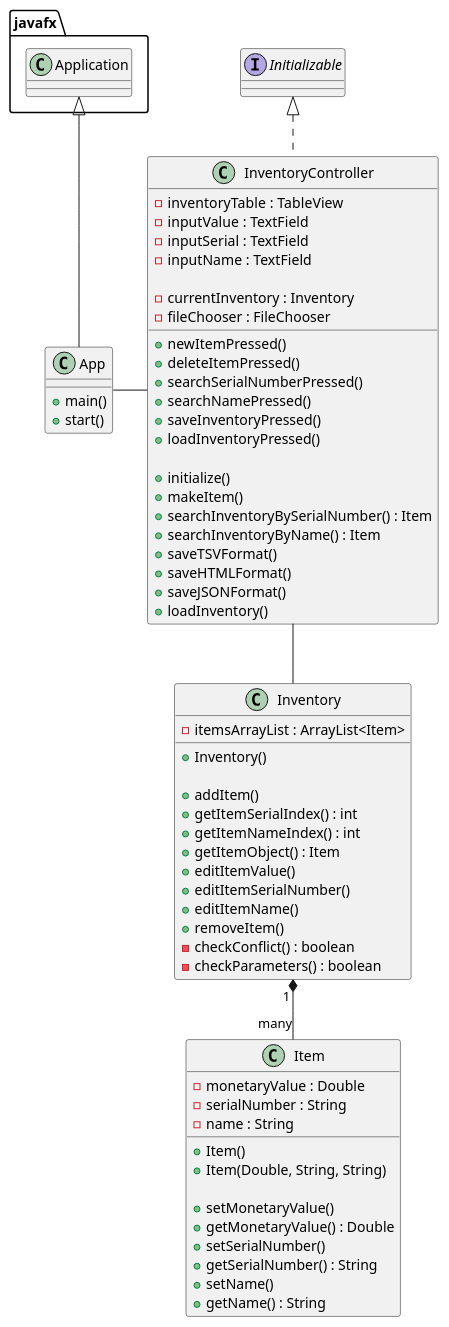
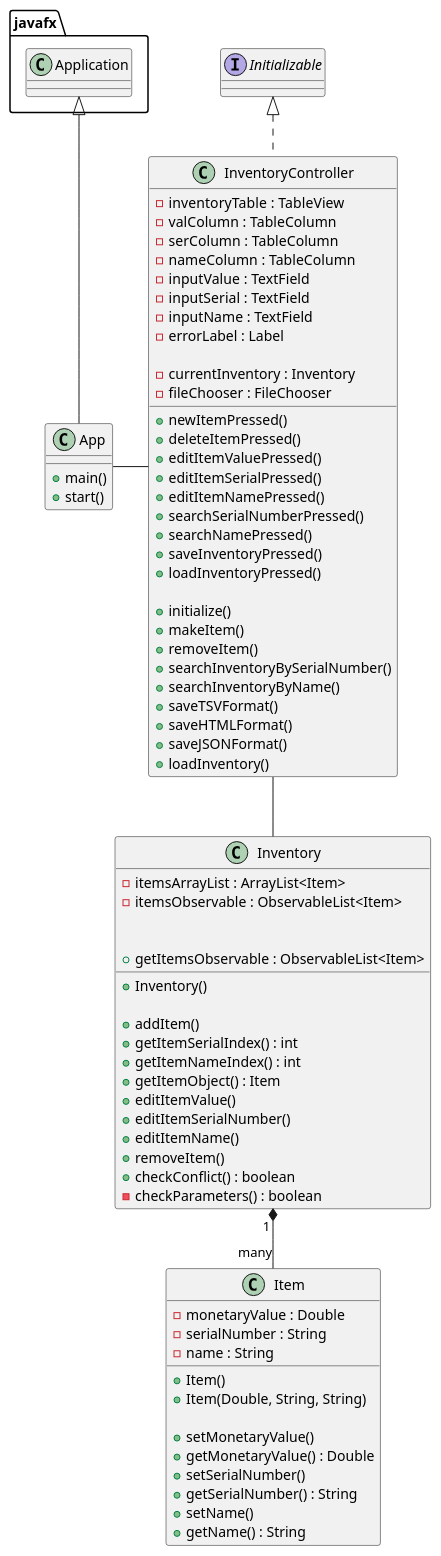
Before and after one commit to kieran-l-jimenez/jimenez-2990-a5: the diagram in uml/InventoryDiagram.puml, drawn with PlantUML. The commit also changed 18 other files, not shown here.

```diff
--- a/uml/InventoryDiagram.puml
+++ b/uml/InventoryDiagram.puml
@@ -1,100 +1,112 @@
 @startuml
 'https://plantuml.com/class-diagram
 
 interface Initializable{}
 
 class App {
     + main()
     + start()
 }
 
 class InventoryController {
 - inventoryTable : TableView
+- valColumn : TableColumn
+- serColumn : TableColumn
+- nameColumn : TableColumn
 - inputValue : TextField
 - inputSerial : TextField
 - inputName : TextField
+- errorLabel : Label
 
 - currentInventory : Inventory
 '13.2, 14.1
 - fileChooser : FileChooser
 
 '1
 '8-10 handled in TableView
 '3
 + newItemPressed()
 '4
 + deleteItemPressed()
+'5
++ editItemValuePressed()
+'6
++ editItemSerialPressed()
+'7
++ editItemNamePressed()
 '11
 + searchSerialNumberPressed()
 '12
 + searchNamePressed()
 '13.0
 + saveInventoryPressed()
 '14.0
 + loadInventoryPressed()
 
 + initialize()
 + makeItem()
++ removeItem()
 '7 handled in TableView
 '+ editItemName()
 '+ editItemValue()
-'TODO + invalidSerialNumber(), open popup error window if I can figure out multiple tabs, otherwise change a text box to say error next to newItem button, calls search
-+ searchInventoryBySerialNumber() : Item
-+ searchInventoryByName() : Item
++ searchInventoryBySerialNumber()
++ searchInventoryByName()
 '13.1.1
 + saveTSVFormat()
 '13.1.2
 + saveHTMLFormat()
 '13.1.3
 + saveJSONFormat()
 + loadInventory()
 }
 
 class Inventory {
 - itemsArrayList : ArrayList<Item>
+- itemsObservable : ObservableList<Item>
 
 + Inventory()
 
 '3.0, calls checkConflict
 + addItem()
 + getItemSerialIndex() : int
 + getItemNameIndex() : int
 + getItemObject() : Item
++ getItemsObservable : ObservableList<Item>
 '5
 + editItemValue()
 '6.0, calls checkConflict
 + editItemSerialNumber()
 '7
 + editItemName()
 '4
 + removeItem()
 '3.1, 6.1
-- checkConflict() : boolean
++ checkConflict() : boolean
 - checkParameters() : boolean
 }
 
 class Item {
 '2.1
 -monetaryValue : Double
 '2.2
 -serialNumber : String
 '2.3
 -name : String
 
 + Item()
 + Item(Double, String, String)
 
 + setMonetaryValue()
 + getMonetaryValue() : Double
 + setSerialNumber()
 + getSerialNumber() : String
 + setName()
 + getName() : String
 }
 
 javafx.Application <|-- App
 App - InventoryController
 Initializable <|.. InventoryController
 InventoryController -- Inventory
 Inventory "1 " *-- "many" Item
 @enduml
```
